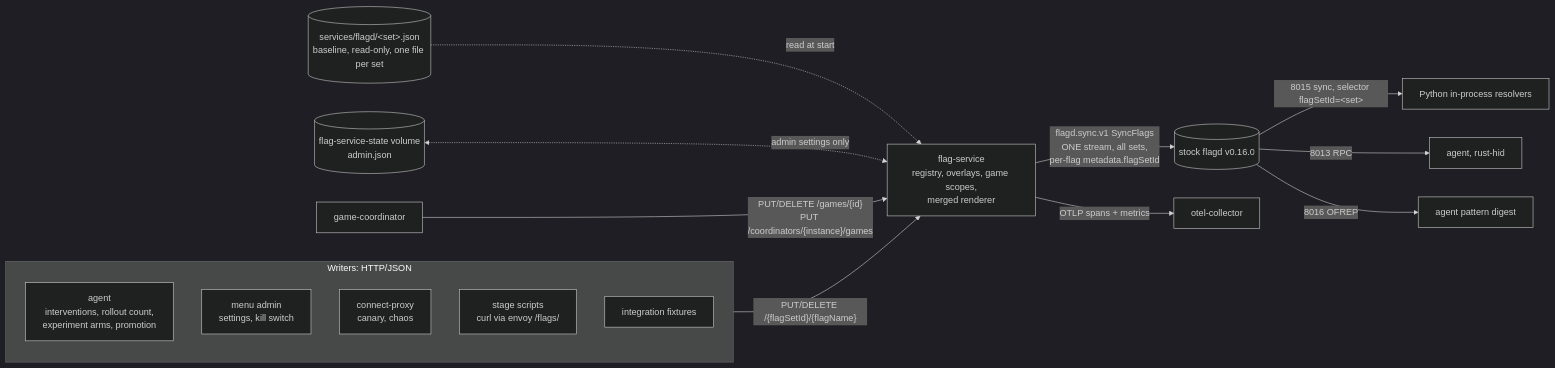
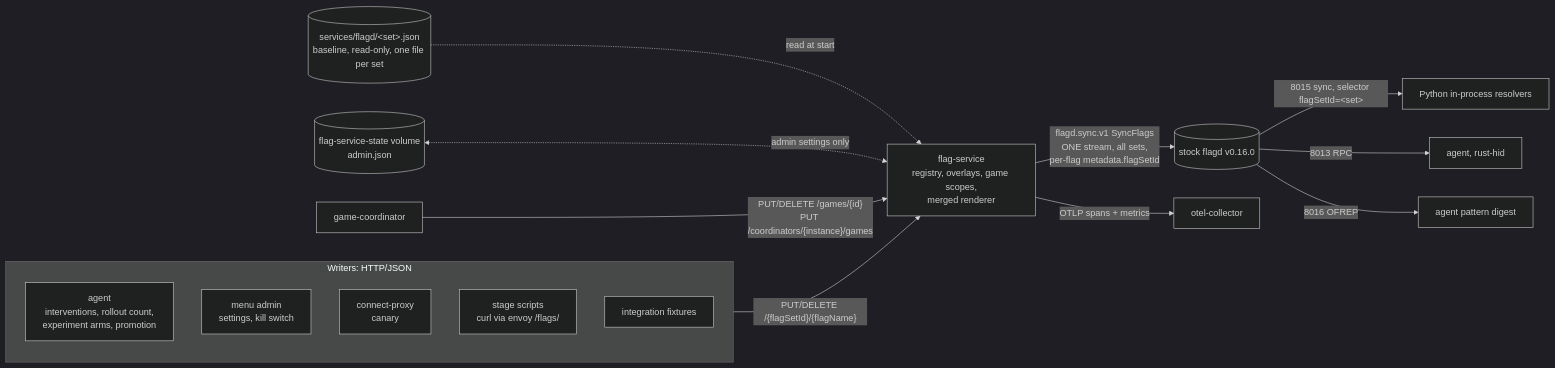
The diagram in docs/architecture/flag-service.md (WatchMeJoustMyFlags/JoustMania), drawn with Mermaid (dark theme) before and after one commit. The commit also changed other lines of this file and 17 other files, not shown here.

````diff
--- a/docs/architecture/flag-service.md
+++ b/docs/architecture/flag-service.md
@@ -69,19 +69,19 @@
 ```mermaid
 flowchart LR
     files[("services/flagd/&lt;set&gt;.json<br/>baseline, read-only, one file per set")] -.read at start.-> fs
     admin[("flag-service-state volume<br/>admin.json")] <-.admin settings only.-> fs
     subgraph writers [Writers: HTTP/JSON]
         agent[agent<br/>interventions, rollout count,<br/>experiment arms, promotion]
         menu[menu admin<br/>settings, kill switch]
-        cproxy[connect-proxy<br/>canary, chaos]
+        cproxy[connect-proxy<br/>canary]
         stage[stage scripts<br/>curl via envoy /flags/]
         tests[integration fixtures]
     end
     gc[game-coordinator] -->|"PUT/DELETE /games/{id}<br/>PUT /coordinators/{instance}/games"| fs
     writers -->|"PUT/DELETE /{flagSetId}/{flagName}"| fs
     fs[flag-service<br/>registry, overlays, game scopes,<br/>merged renderer] -->|"flagd.sync.v1 SyncFlags<br/>ONE stream, all sets,<br/>per-flag metadata.flagSetId"| flagd[(stock flagd v0.16.0)]
     flagd -->|"8015 sync, selector flagSetId=&lt;set&gt;"| py[Python in-process resolvers]
     flagd -->|8013 RPC| goagent[agent, rust-hid]
     flagd -->|8016 OFREP| digest[agent pattern digest]
     fs -->|OTLP spans + metrics| otel[otel-collector]
 ```
````
